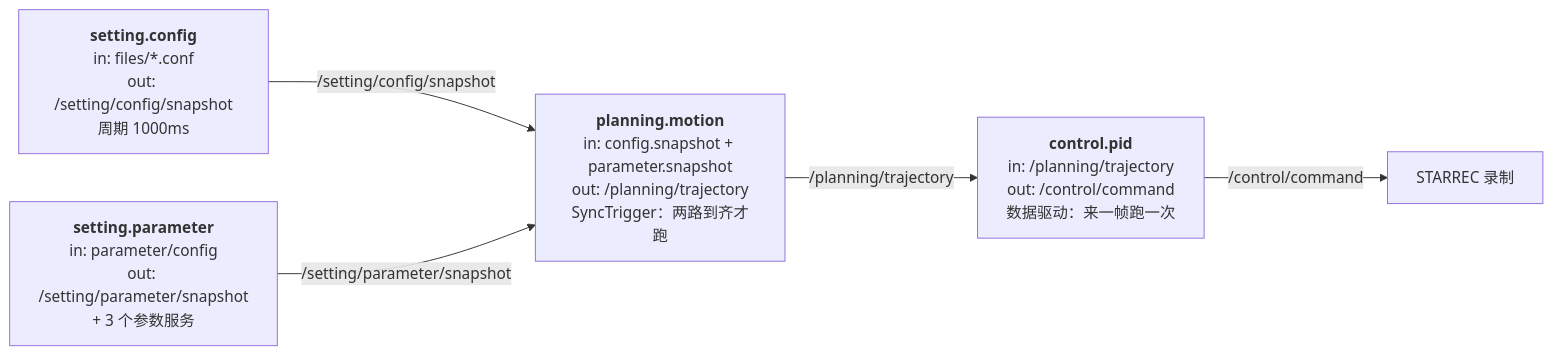
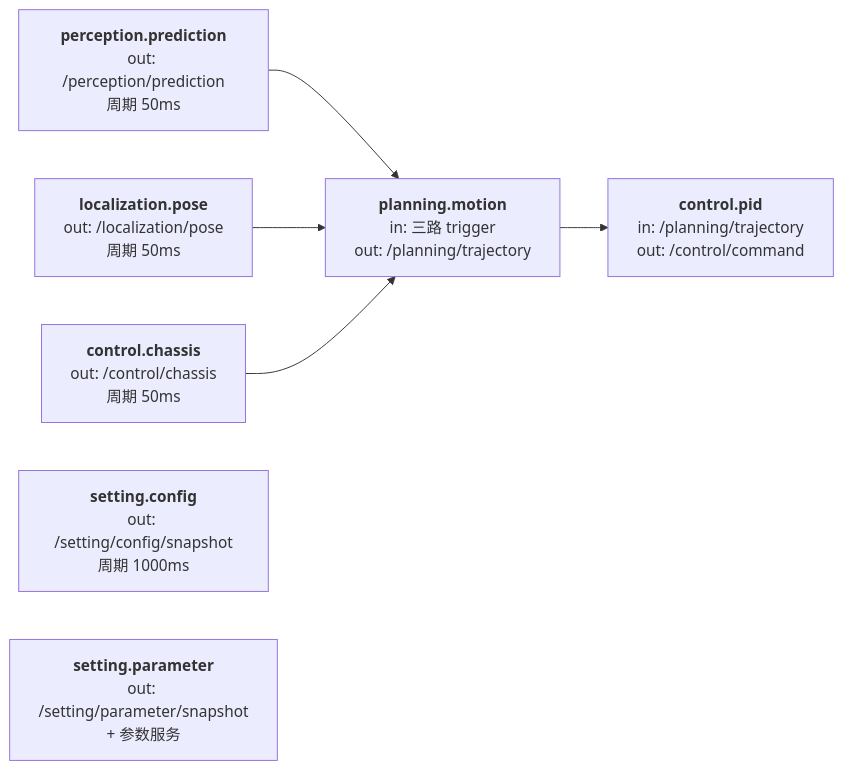
Before and after one commit to zgggy/starletto: the third of 5 diagrams in docs/architecture/02-layers-and-modules.md, drawn with Mermaid. The commit also changed other lines of this file and 19 other files, not shown here.

````diff
--- a/docs/architecture/02-layers-and-modules.md
+++ b/docs/architecture/02-layers-and-modules.md
@@ -102,12 +102,15 @@
 ```mermaid
 flowchart LR
-    CFG["<b>setting.config</b><br/>in: files/*.conf<br/>out: /setting/config/snapshot<br/>周期 1000ms"]
-    PAR["<b>setting.parameter</b><br/>in: parameter/config<br/>out: /setting/parameter/snapshot<br/>+ 3 个参数服务"]
-    MOT["<b>planning.motion</b><br/>in: config.snapshot + parameter.snapshot<br/>out: /planning/trajectory<br/>SyncTrigger：两路到齐才跑"]
-    PID["<b>control.pid</b><br/>in: /planning/trajectory<br/>out: /control/command<br/>数据驱动：来一帧跑一次"]
+    PRED["<b>perception.prediction</b><br/>out: /perception/prediction<br/>周期 50ms"]
+    LOC["<b>localization.pose</b><br/>out: /localization/pose<br/>周期 50ms"]
+    CH["<b>control.chassis</b><br/>out: /control/chassis<br/>周期 50ms"]
+    MOT["<b>planning.motion</b><br/>in: 三路 trigger<br/>out: /planning/trajectory"]
+    PID["<b>control.pid</b><br/>in: /planning/trajectory<br/>out: /control/command"]
+    CFG["<b>setting.config</b><br/>out: /setting/config/snapshot<br/>周期 1000ms"]
+    PAR["<b>setting.parameter</b><br/>out: /setting/parameter/snapshot<br/>+ 参数服务"]
 
-    CFG -->|"/setting/config/snapshot"| MOT
-    PAR -->|"/setting/parameter/snapshot"| MOT
-    MOT -->|"/planning/trajectory"| PID
-    PID -->|"/control/command"| REC["STARREC 录制"]
+    PRED --> MOT
+    LOC --> MOT
+    CH --> MOT
+    MOT --> PID
 ```
````
